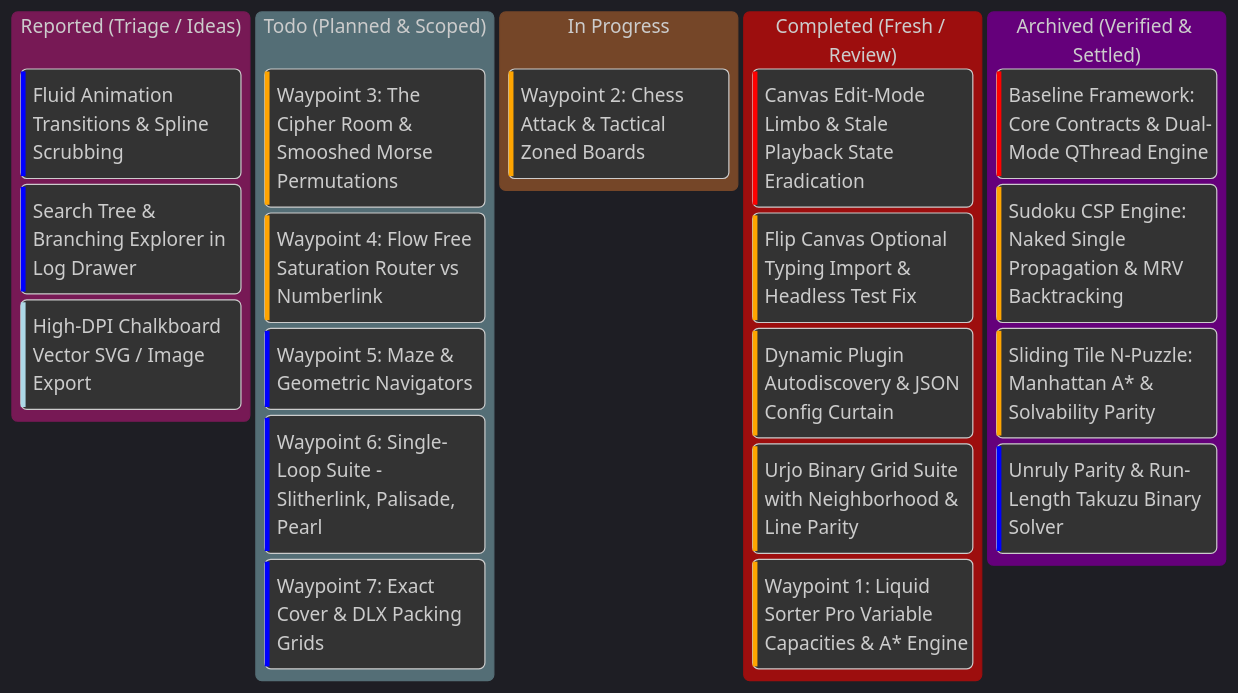
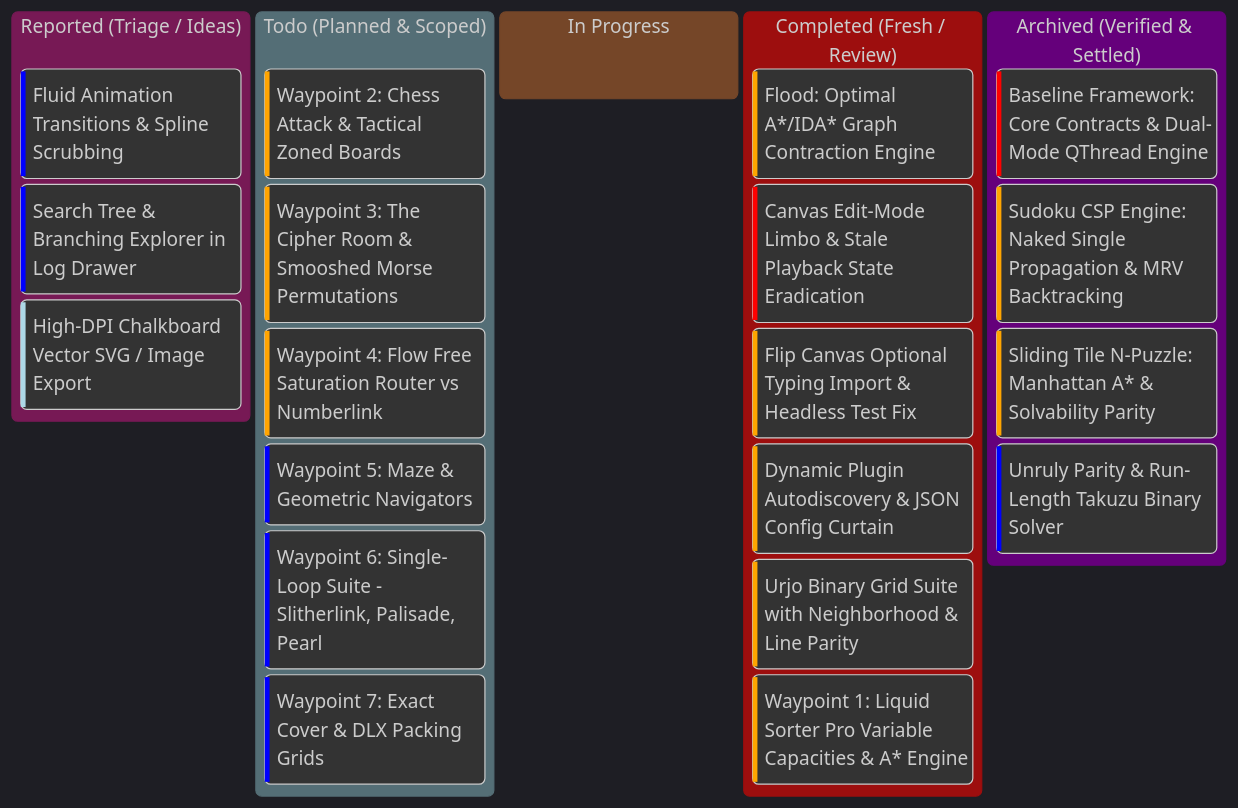
Before and after one commit to AlitheiaDeus/ThePuzzleLaw: the diagram in kanban.md, drawn with Mermaid. The commit also changed other lines of this file and 9 other files, not shown here.

````diff
--- a/kanban.md
+++ b/kanban.md
@@ -9,31 +9,32 @@
 ```mermaid
 %%{init: { "theme": "dark" } }%%
 kanban
   reported["Reported (Triage / Ideas)"]
     rep1[Fluid Animation Transitions & Spline Scrubbing]@{ priority: 'Low' }
     rep2[Search Tree & Branching Explorer in Log Drawer]@{ priority: 'Low' }
     rep3[High-DPI Chalkboard Vector SVG / Image Export]@{ priority: 'Very Low' }
 
   todo["Todo (Planned & Scoped)"]
+    id9[Waypoint 2: Chess Attack & Tactical Zoned Boards]@{ priority: 'High' }
     id10[Waypoint 3: The Cipher Room & Smooshed Morse Permutations]@{ priority: 'High' }
     id11[Waypoint 4: Flow Free Saturation Router vs Numberlink]@{ priority: 'High' }
     id12[Waypoint 5: Maze & Geometric Navigators]@{ priority: 'Low' }
     id13[Waypoint 6: Single-Loop Suite - Slitherlink, Palisade, Pearl]@{ priority: 'Low' }
     id14[Waypoint 7: Exact Cover & DLX Packing Grids]@{ priority: 'Low' }
 
   in_progress["In Progress"]
-    id9[Waypoint 2: Chess Attack & Tactical Zoned Boards]@{ priority: 'High' }
 
   completed["Completed (Fresh / Review)"]
+    id15[Flood: Optimal A*/IDA* Graph Contraction Engine]@{ priority: 'High' }
     id1[Canvas Edit-Mode Limbo & Stale Playback State Eradication]@{ priority: 'Very High' }
     id4[Flip Canvas Optional Typing Import & Headless Test Fix]@{ priority: 'High' }
     id2[Dynamic Plugin Autodiscovery & JSON Config Curtain]@{ priority: 'High' }
     id3[Urjo Binary Grid Suite with Neighborhood & Line Parity]@{ priority: 'High' }
     id7[Waypoint 1: Liquid Sorter Pro Variable Capacities & A* Engine]@{ priority: 'High' }
 
   archived["Archived (Verified & Settled)"]
     id0[Baseline Framework: Core Contracts & Dual-Mode QThread Engine]@{ priority: 'Very High' }
     id5[Sudoku CSP Engine: Naked Single Propagation & MRV Backtracking]@{ priority: 'High' }
     id6[Sliding Tile N-Puzzle: Manhattan A* & Solvability Parity]@{ priority: 'High' }
     id8[Unruly Parity & Run-Length Takuzu Binary Solver]@{ priority: 'Low' }
 ```
````
